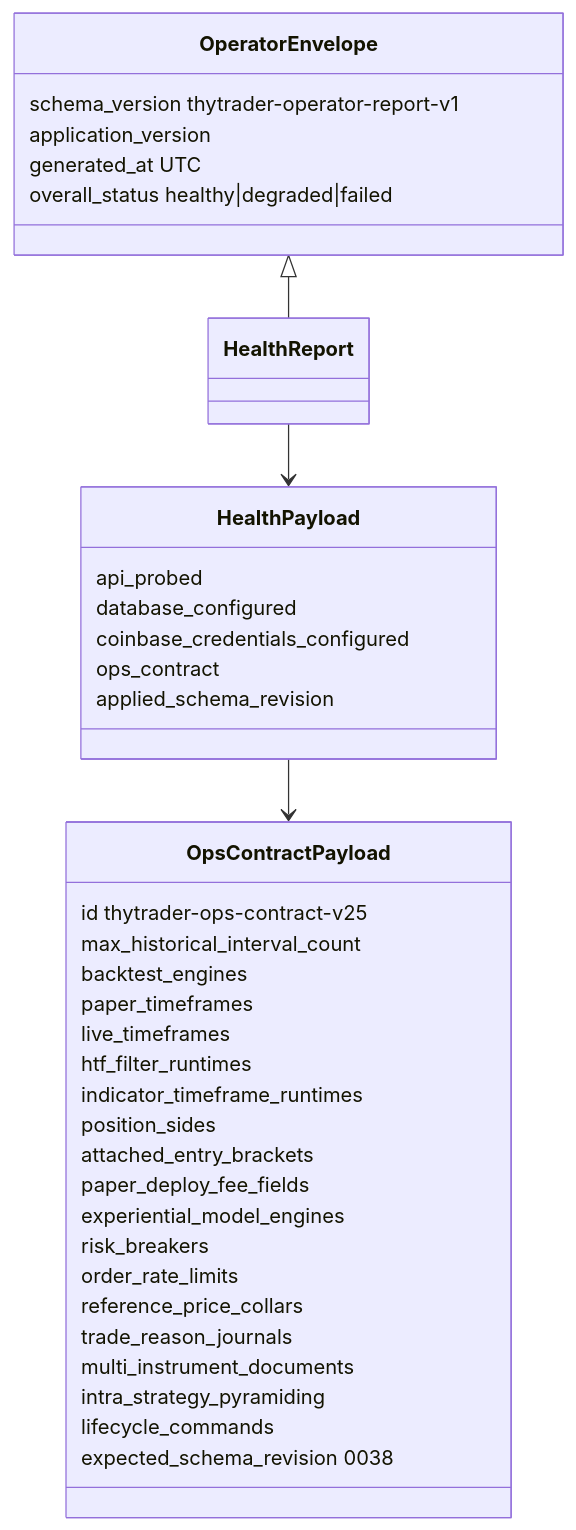
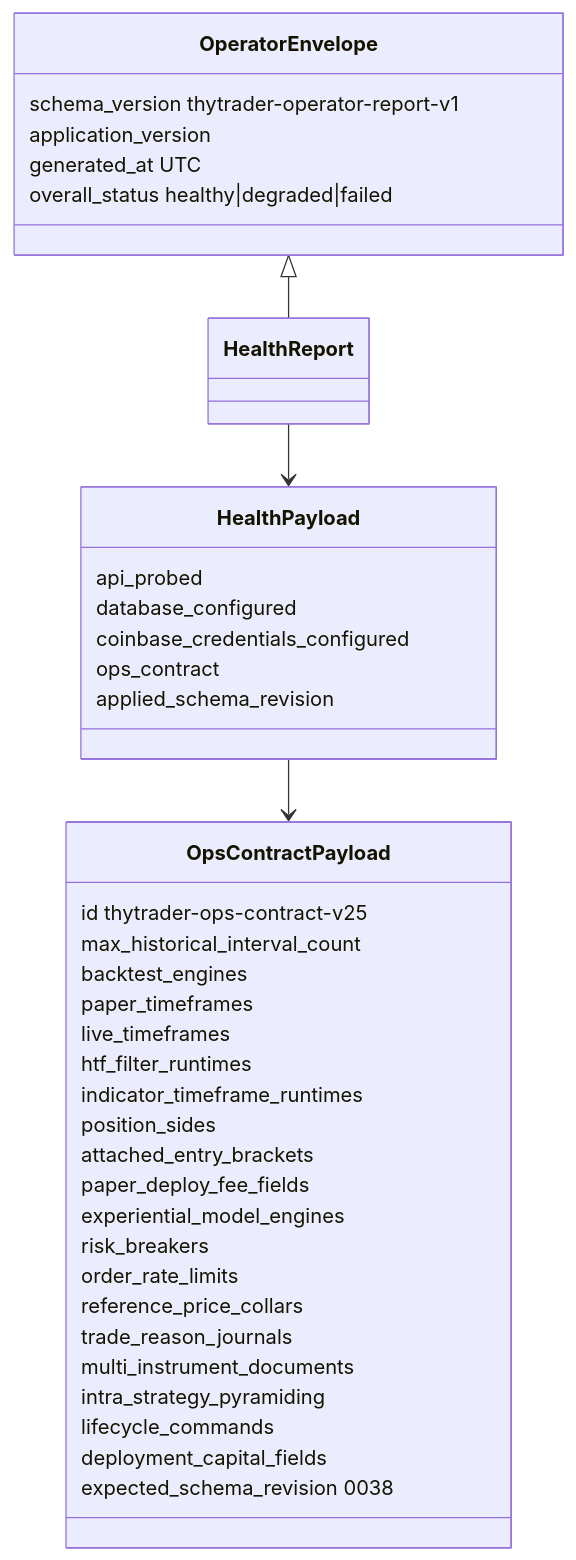
Before and after one commit to Zoltesh/thytrader: the first of 2 diagrams in docs/architecture/contracts/ops-contract.md, drawn with Mermaid. The commit also changed other lines of this file, not shown here.

Commit message:
docs(ops-contract): include deployment_capital_fields after rebase onto 0037

````diff
--- a/docs/architecture/contracts/ops-contract.md
+++ b/docs/architecture/contracts/ops-contract.md
@@ -34,40 +35,41 @@
 ```mermaid
 classDiagram
   class OpsContractPayload {
     id thytrader-ops-contract-v25
     max_historical_interval_count
     backtest_engines
     paper_timeframes
     live_timeframes
     htf_filter_runtimes
     indicator_timeframe_runtimes
     position_sides
     attached_entry_brackets
     paper_deploy_fee_fields
     experiential_model_engines
     risk_breakers
     order_rate_limits
     reference_price_collars
     trade_reason_journals
     multi_instrument_documents
     intra_strategy_pyramiding
     lifecycle_commands
+    deployment_capital_fields
     expected_schema_revision 0038
   }
   class HealthPayload {
     api_probed
     database_configured
     coinbase_credentials_configured
     ops_contract
     applied_schema_revision
   }
   class OperatorEnvelope {
     schema_version thytrader-operator-report-v1
     application_version
     generated_at UTC
     overall_status healthy|degraded|failed
   }
   HealthPayload --> OpsContractPayload
   OperatorEnvelope <|-- HealthReport
   HealthReport --> HealthPayload
 ```
````
